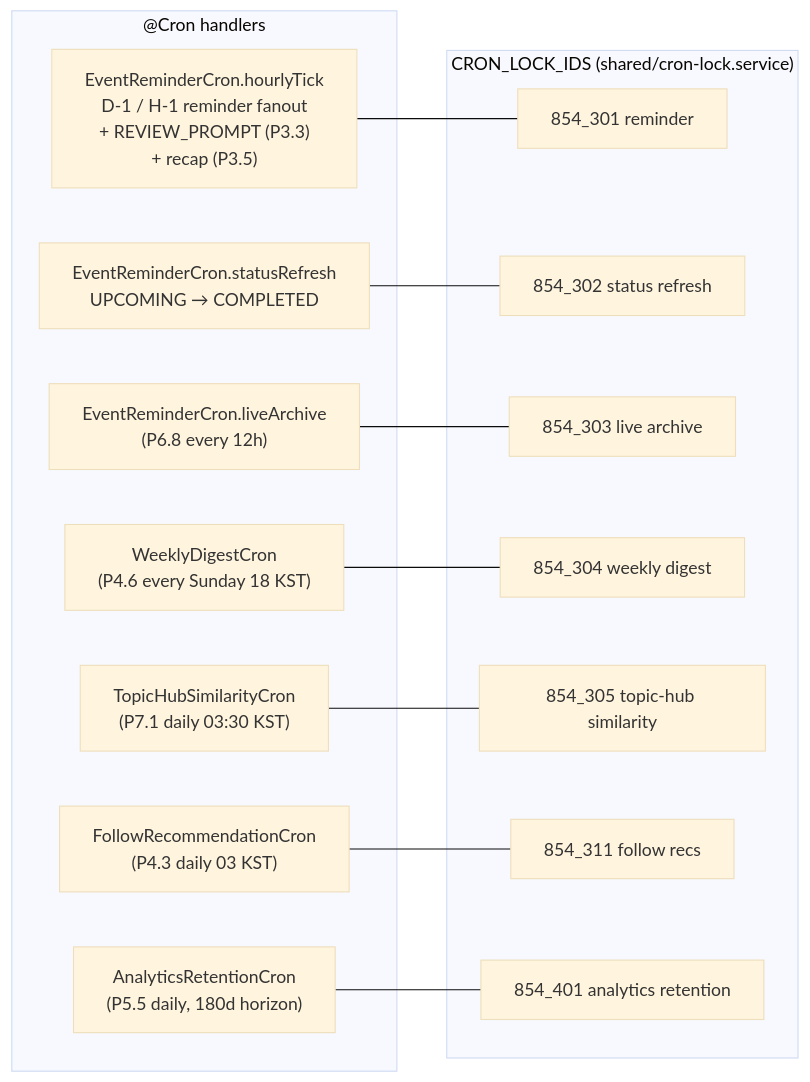
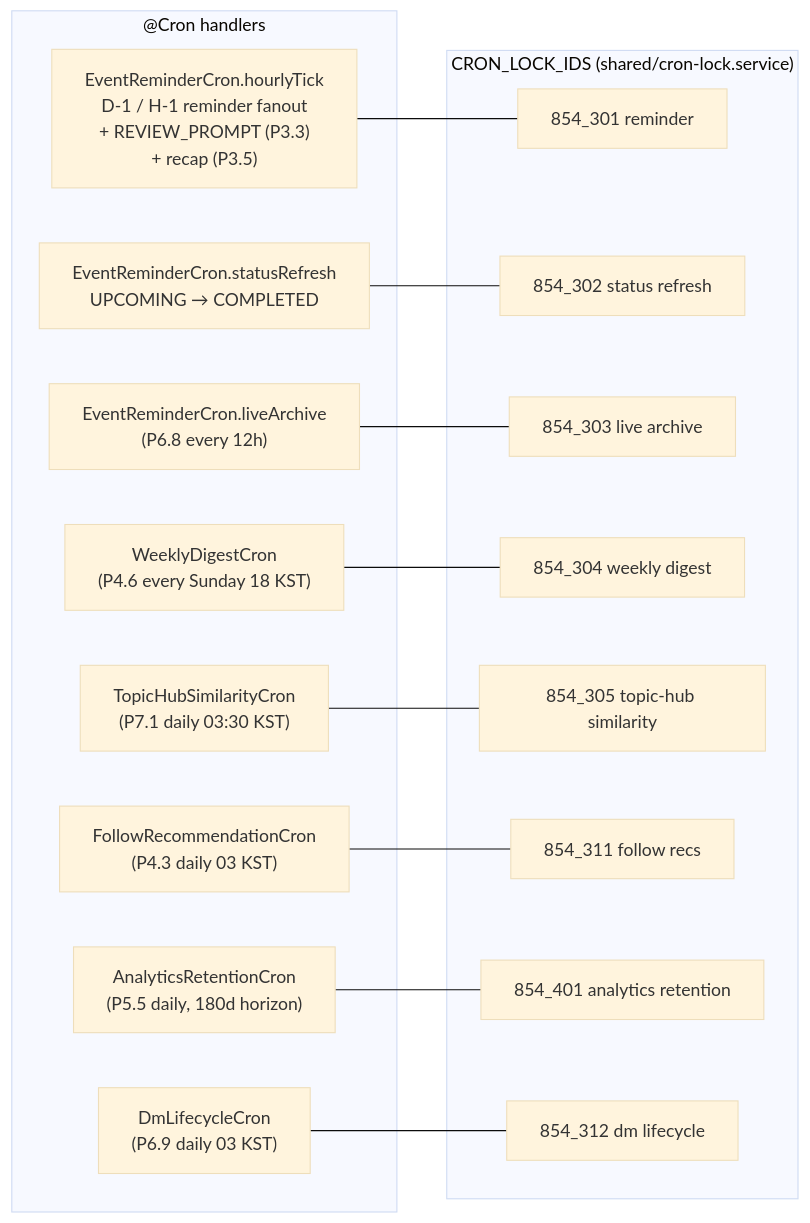
Before and after one commit to kohjun/PRISM_Club: the seventh of 9 diagrams in docs/ARCHITECTURE_OVERVIEW.md, drawn with Mermaid (base theme). The commit also changed other lines of this file and 3 other files, not shown here.

First line of the commit message:
docs: reconcile architecture + backlog with shipped P6.9 scoped DM (D6)

````diff
--- a/docs/ARCHITECTURE_OVERVIEW.md
+++ b/docs/ARCHITECTURE_OVERVIEW.md
@@ -326,30 +329,33 @@
 ```mermaid
 flowchart LR
     subgraph "@Cron handlers"
         D1["EventReminderCron.hourlyTick<br/>D-1 / H-1 reminder fanout<br/>+ REVIEW_PROMPT (P3.3)<br/>+ recap (P3.5)"]
         D2["EventReminderCron.statusRefresh<br/>UPCOMING → COMPLETED"]
         D3["EventReminderCron.liveArchive<br/>(P6.8 every 12h)"]
         D4["WeeklyDigestCron<br/>(P4.6 every Sunday 18 KST)"]
         D5["FollowRecommendationCron<br/>(P4.3 daily 03 KST)"]
         D6["AnalyticsRetentionCron<br/>(P5.5 daily, 180d horizon)"]
         D7["TopicHubSimilarityCron<br/>(P7.1 daily 03:30 KST)"]
+        D8["DmLifecycleCron<br/>(P6.9 daily 03 KST)"]
     end
 
     subgraph "CRON_LOCK_IDS (shared/cron-lock.service)"
         L1["854_301 reminder"]
         L2["854_302 status refresh"]
         L3["854_303 live archive"]
         L4["854_304 weekly digest"]
         L5["854_305 topic-hub similarity"]
         L6["854_311 follow recs"]
         L7["854_401 analytics retention"]
+        L8["854_312 dm lifecycle"]
     end
 
     D1 --- L1
     D2 --- L2
     D3 --- L3
     D4 --- L4
     D5 --- L6
     D6 --- L7
     D7 --- L5
+    D8 --- L8
 ```
````
